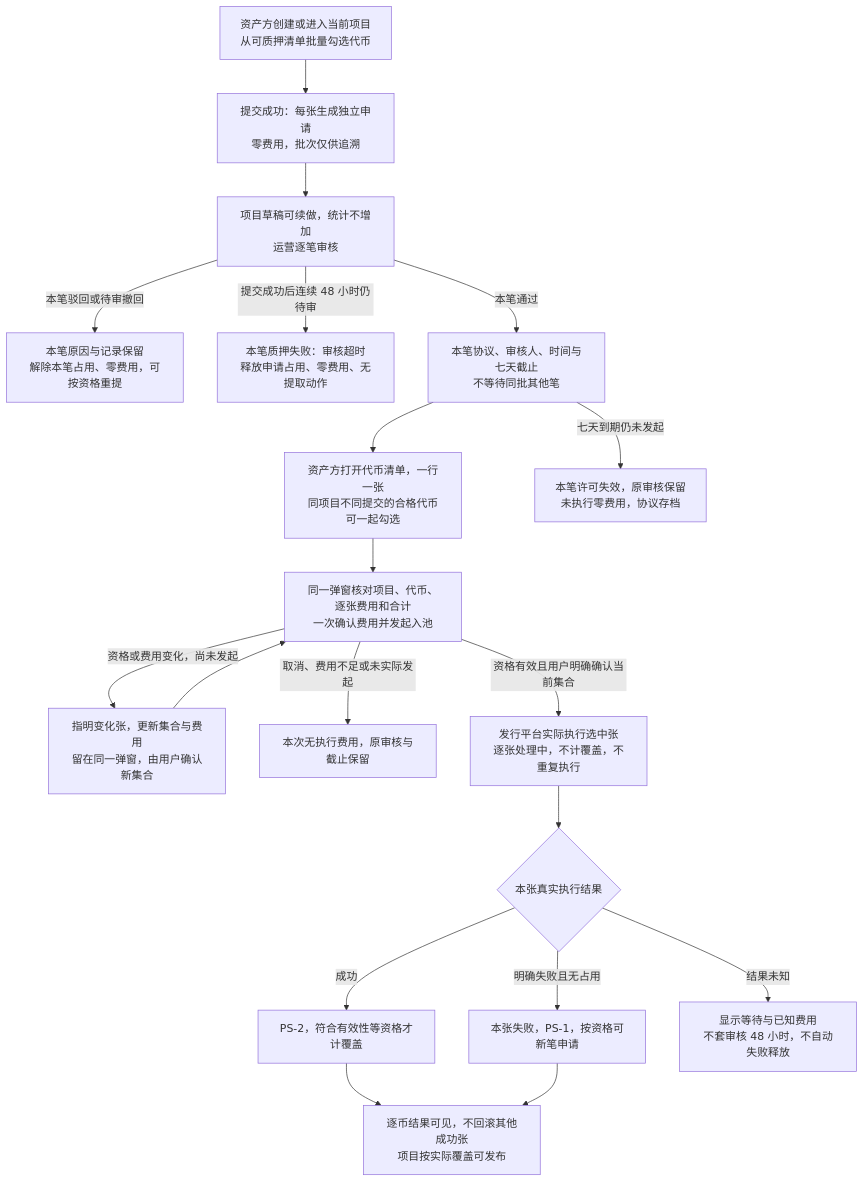
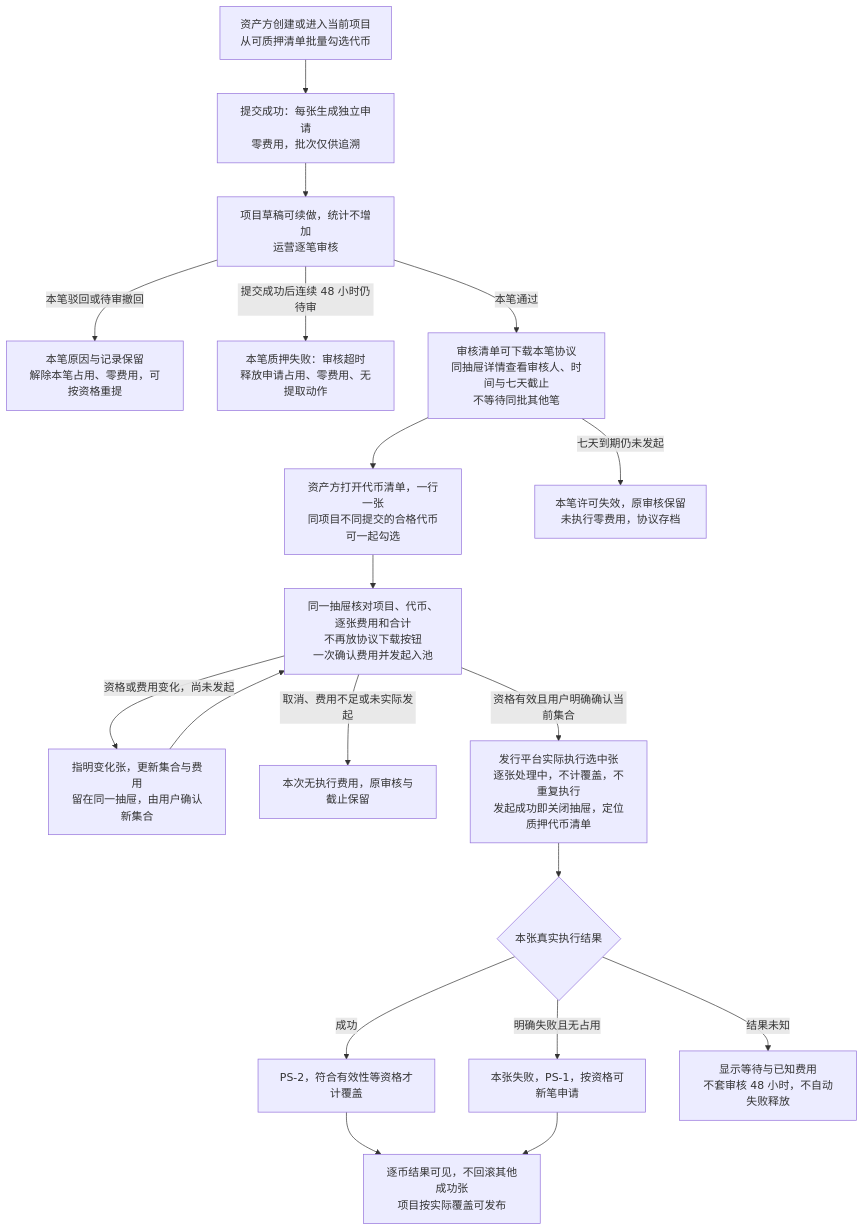
Before and after one commit to wxblockchain/Chain-Financing: the first of 10 diagrams in lending-platform/PRD/v1.0-借贷广场-融资需求与代币质押/v1.0-借贷广场-融资需求与代币质押-流程图与状态机.md, drawn with Mermaid. The commit also changed other lines of this file and 13 other files, not shown here.

````diff
--- a/lending-platform/PRD/v1.0-借贷广场-融资需求与代币质押/v1.0-借贷广场-融资需求与代币质押-流程图与状态机.md
+++ b/lending-platform/PRD/v1.0-借贷广场-融资需求与代币质押/v1.0-借贷广场-融资需求与代币质押-流程图与状态机.md
@@ -29,21 +30,21 @@
 ```mermaid
 flowchart TD
   A["资产方创建或进入当前项目<br/>从可质押清单批量勾选代币"] --> B["提交成功：每张生成独立申请<br/>零费用，批次仅供追溯"]
   B --> C["项目草稿可续做，统计不增加<br/>运营逐笔审核"]
   C -- "本笔驳回或待审撤回" --> D["本笔原因与记录保留<br/>解除本笔占用、零费用，可按资格重提"]
   C -- "提交成功后连续 48 小时仍待审" --> E["本笔质押失败：审核超时<br/>释放申请占用、零费用、无提取动作"]
-  C -- "本笔通过" --> F["本笔协议、审核人、时间与七天截止<br/>不等待同批其他笔"]
+  C -- "本笔通过" --> F["审核清单可下载本笔协议<br/>同抽屉详情查看审核人、时间与七天截止<br/>不等待同批其他笔"]
   F --> G["资产方打开代币清单，一行一张<br/>同项目不同提交的合格代币可一起勾选"]
-  G --> H["同一弹窗核对项目、代币、逐张费用和合计<br/>一次确认费用并发起入池"]
-  H -- "资格或费用变化，尚未发起" --> I["指明变化张，更新集合与费用<br/>留在同一弹窗，由用户确认新集合"]
+  G --> H["同一抽屉核对项目、代币、逐张费用和合计<br/>不再放协议下载按钮<br/>一次确认费用并发起入池"]
+  H -- "资格或费用变化，尚未发起" --> I["指明变化张，更新集合与费用<br/>留在同一抽屉，由用户确认新集合"]
   I --> H
   H -- "取消、费用不足或未实际发起" --> J["本次无执行费用，原审核与截止保留"]
-  H -- "资格有效且用户明确确认当前集合" --> K["发行平台实际执行选中张<br/>逐张处理中，不计覆盖，不重复执行"]
+  H -- "资格有效且用户明确确认当前集合" --> K["发行平台实际执行选中张<br/>逐张处理中，不计覆盖，不重复执行<br/>发起成功即关闭抽屉，定位质押代币清单"]
   K --> L{"本张真实执行结果"}
   L -- "成功" --> M["PS-2，符合有效性等资格才计覆盖"]
   L -- "明确失败且无占用" --> N["本张失败，PS-1，按资格可新笔申请"]
   L -- "结果未知" --> O["显示等待与已知费用<br/>不套审核 48 小时，不自动失败释放"]
   F -- "七天到期仍未发起" --> P["本笔许可失效，原审核保留<br/>未执行零费用，协议存档"]
   M --> Q["逐币结果可见，不回滚其他成功张<br/>项目按实际覆盖可发布"]
   N --> Q
 ```
````
